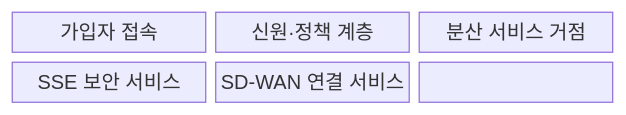
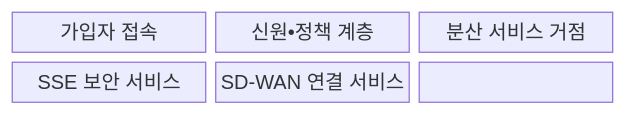
Before and after one commit to agnusdei1207/knowledge-base: the first of 2 diagrams in src/content/docs/notes/08-latest-tech/186_sase.md, drawn with Mermaid. The commit also changed other lines of this file and 953 other files, not shown here.

````diff
--- a/src/content/docs/notes/08-latest-tech/186_sase.md
+++ b/src/content/docs/notes/08-latest-tech/186_sase.md
@@ -69,11 +69,11 @@
 ```mermaid
 block-beta
   columns 3
   N0["가입자 접속"]
-  N1["신원·정책 계층"]
+  N1["신원•정책 계층"]
   N2["분산 서비스 거점"]
   N3["SSE 보안 서비스"]
   N4["SD-WAN 연결 서비스"]
   N0 --- N1 --- N2
   N2 --- N3 --- N4
 ```
````
